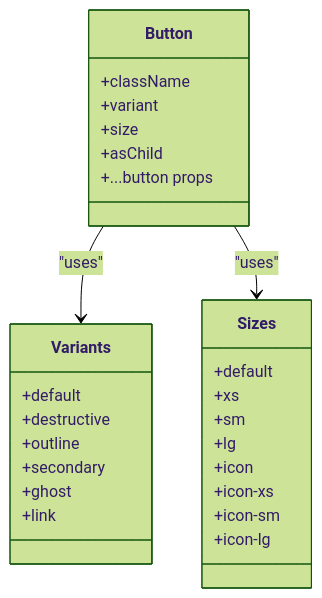
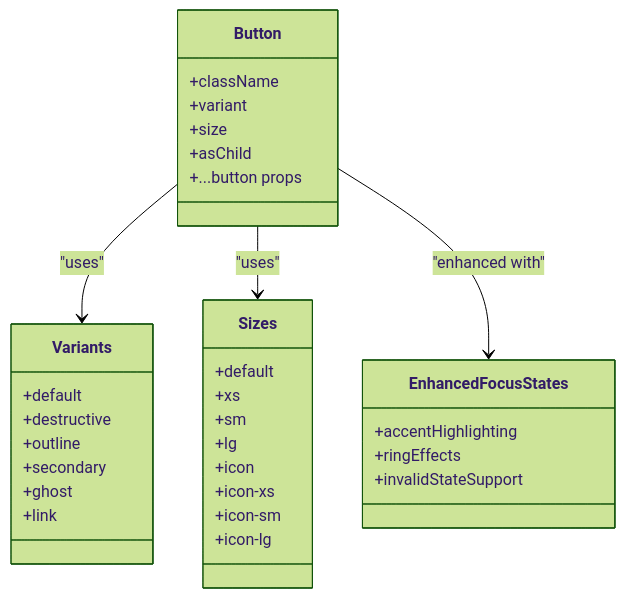
The third of 6 diagrams in .qoder/repowiki/en/content/Frontend Architecture/React Component System/UI Primitives Library.md (PA-Penajam/kepegawaian_apps), drawn with Mermaid (forest theme) before and after one commit. The commit also changed other lines of this file and 4 other files, not shown here.

First line of the commit message:
docs(repowiki): update frontend architecture wiki dengan Magic UI components

````diff
--- a/.qoder/repowiki/en/content/Frontend Architecture/React Component System/UI Primitives Library.md
+++ b/.qoder/repowiki/en/content/Frontend Architecture/React Component System/UI Primitives Library.md
@@ -220,30 +419,36 @@
 ```mermaid
 classDiagram
 class Button {
 +className
 +variant
 +size
 +asChild
 +...button props
+}
+class EnhancedFocusStates {
++accentHighlighting
++ringEffects
++invalidStateSupport
 }
 class Variants {
 +default
 +destructive
 +outline
 +secondary
 +ghost
 +link
 }
 class Sizes {
 +default
 +xs
 +sm
 +lg
 +icon
 +icon-xs
 +icon-sm
 +icon-lg
 }
 Button --> Variants : "uses"
 Button --> Sizes : "uses"
+Button --> EnhancedFocusStates : "enhanced with"
 ```
````
